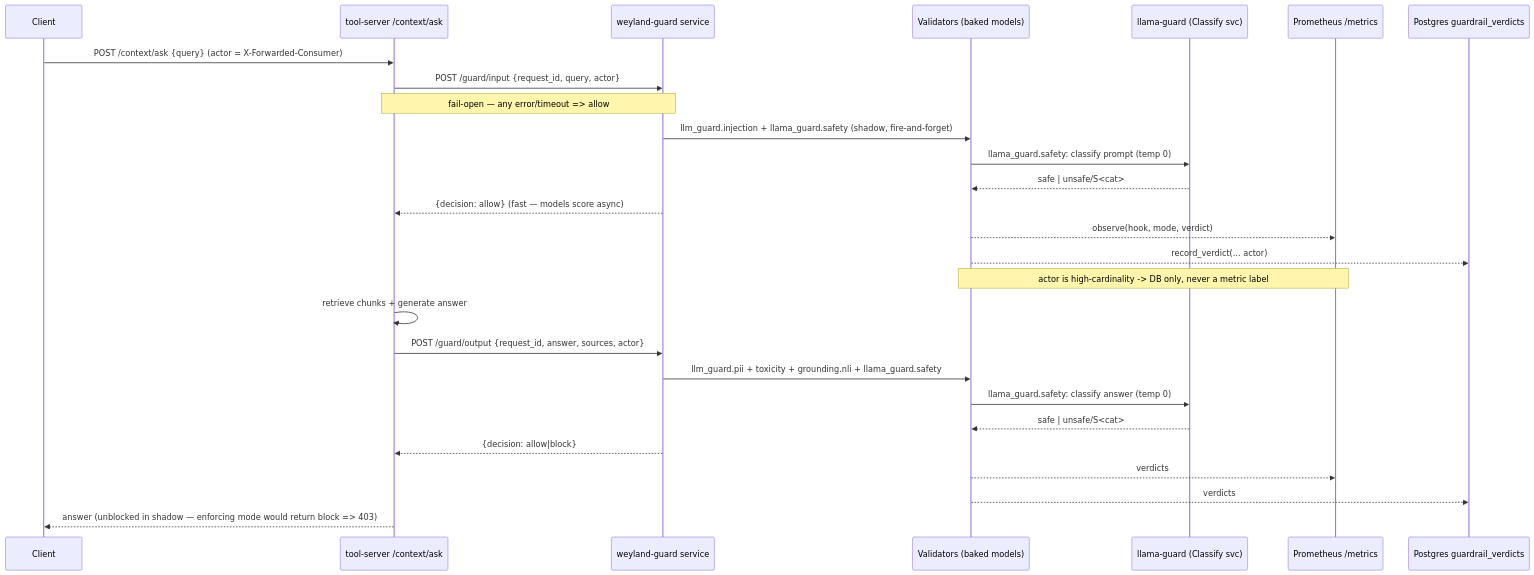
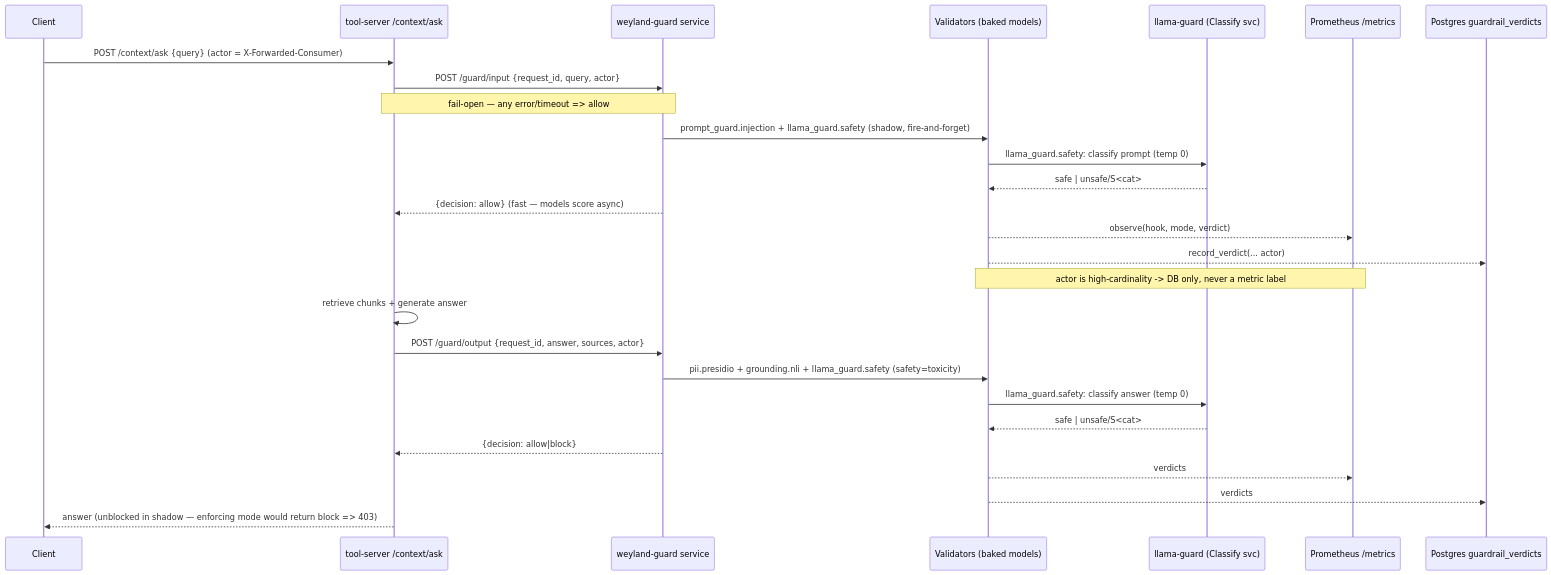
The diagram in docs/diagrams/flow-guardrails.md (edtbl76/weyland-lab), drawn with Mermaid before and after one commit. The commit also changed other lines of this file and 8 other files, not shown here.

Commit message:
Retire `llm-guard` validators; replace with `prompt_guard` (Llama Prompt Guard 2) and `pii.presidio` (Presidio direct). Consolidate toxicity into `llama_guard.safety`. Update documentation, diagrams, and baked models; bump guard service to v10.

````diff
--- a/docs/diagrams/flow-guardrails.md
+++ b/docs/diagrams/flow-guardrails.md
@@ -13,29 +13,29 @@
 ```mermaid
 sequenceDiagram
     participant C as Client
     participant TS as tool-server /context/ask
     participant G as weyland-guard service
     participant V as Validators (baked models)
     participant LG as llama-guard (Classify svc)
     participant PM as Prometheus /metrics
     participant PG as Postgres guardrail_verdicts
     C->>TS: POST /context/ask {query} (actor = X-Forwarded-Consumer)
     TS->>G: POST /guard/input {request_id, query, actor}
     Note over TS,G: fail-open — any error/timeout => allow
-    G->>V: llm_guard.injection + llama_guard.safety (shadow, fire-and-forget)
+    G->>V: prompt_guard.injection + llama_guard.safety (shadow, fire-and-forget)
     V->>LG: llama_guard.safety: classify prompt (temp 0)
     LG-->>V: safe | unsafe/S<cat>
     G-->>TS: {decision: allow} (fast — models score async)
     V-->>PM: observe(hook, mode, verdict)
     V-->>PG: record_verdict(... actor)
     Note over V,PM: actor is high-cardinality -> DB only, never a metric label
     TS->>TS: retrieve chunks + generate answer
     TS->>G: POST /guard/output {request_id, answer, sources, actor}
-    G->>V: llm_guard.pii + toxicity + grounding.nli + llama_guard.safety
+    G->>V: pii.presidio + grounding.nli + llama_guard.safety (safety=toxicity)
     V->>LG: llama_guard.safety: classify answer (temp 0)
     LG-->>V: safe | unsafe/S<cat>
     G-->>TS: {decision: allow|block}
     V-->>PM: verdicts
     V-->>PG: verdicts
     TS-->>C: answer (unblocked in shadow — enforcing mode would return block => 403)
 ```
````
